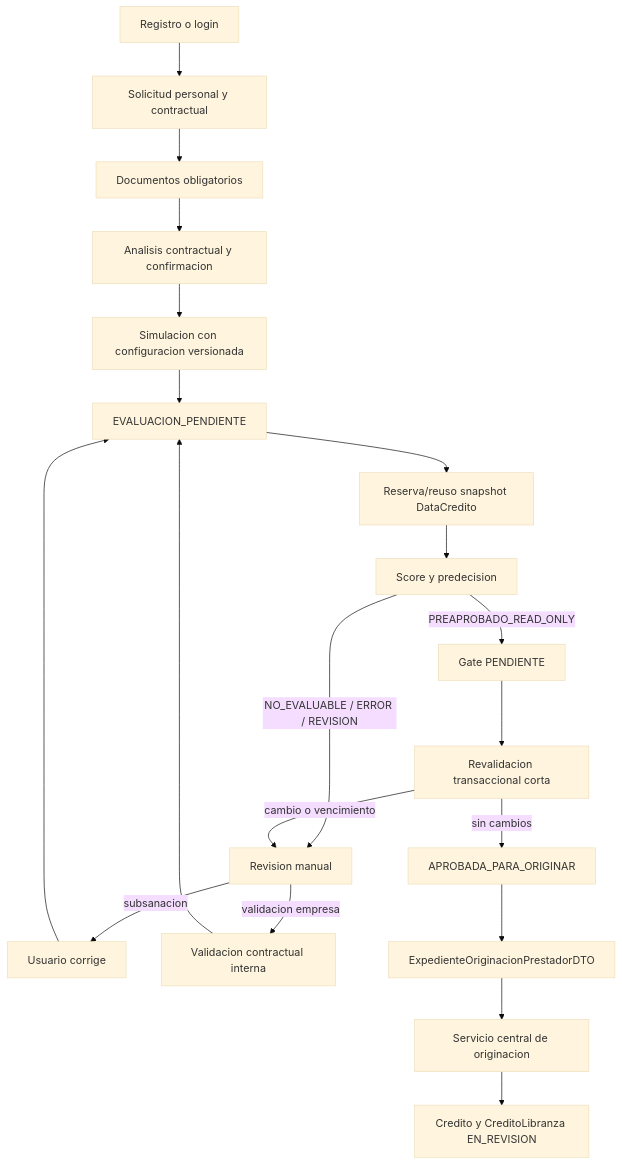
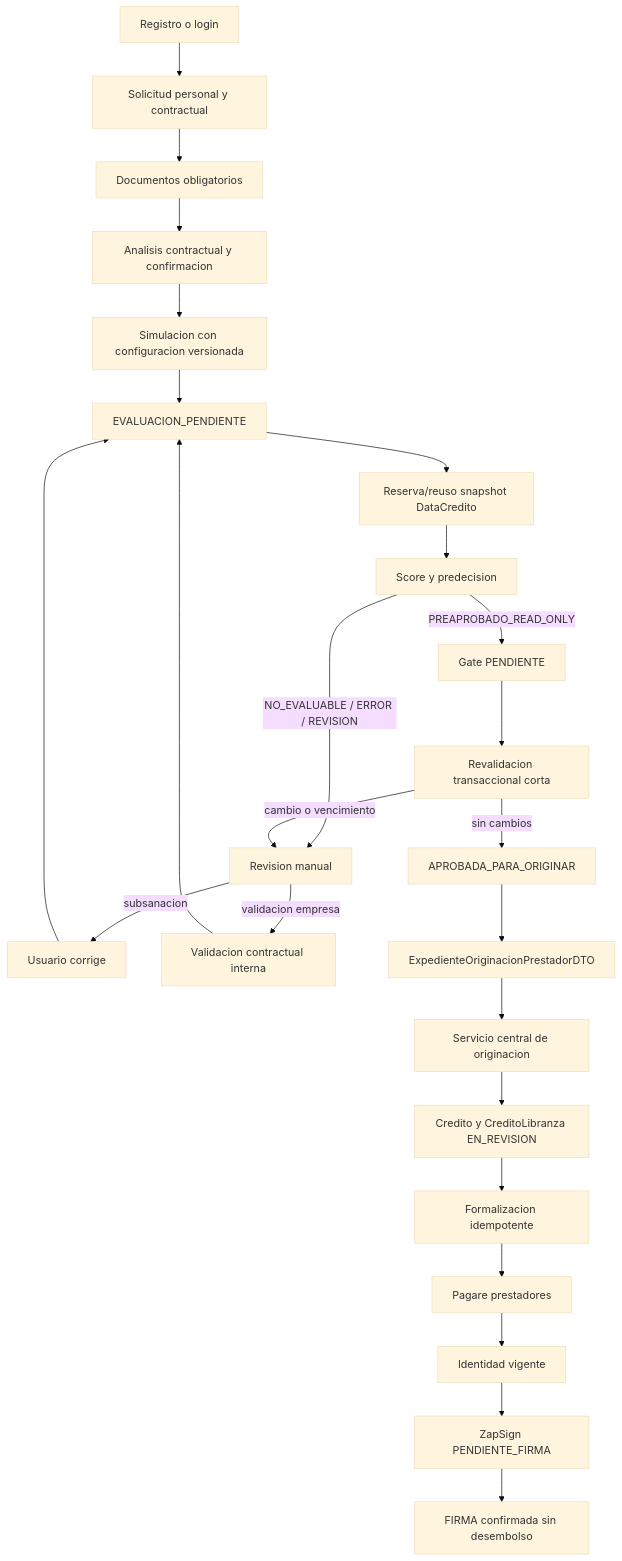
The second of 7 diagrams in docs/prestadores_flujo_end_to_end.md (AdminDataIn/aprobado), drawn with Mermaid (base theme) before and after one commit. The commit also changed other lines of this file and 15 other files, not shown here.

Commit message:
feat: agregar formalizacion y firma prestadores

````diff
--- a/docs/prestadores_flujo_end_to_end.md
+++ b/docs/prestadores_flujo_end_to_end.md
@@ -66,22 +70,27 @@
 ```mermaid
 flowchart TD
     A[Registro o login] --> B[Solicitud personal y contractual]
     B --> C[Documentos obligatorios]
     C --> D[Analisis contractual y confirmacion]
     D --> E[Simulacion con configuracion versionada]
     E --> F[EVALUACION_PENDIENTE]
     F --> G[Reserva/reuso snapshot DataCredito]
     G --> H[Score y predecision]
     H -->|NO_EVALUABLE / ERROR / REVISION| I[Revision manual]
     I -->|subsanacion| J[Usuario corrige]
     J --> F
     I -->|validacion empresa| K[Validacion contractual interna]
     K --> F
     H -->|PREAPROBADO_READ_ONLY| L[Gate PENDIENTE]
     L --> M[Revalidacion transaccional corta]
     M -->|cambio o vencimiento| I
     M -->|sin cambios| N[APROBADA_PARA_ORIGINAR]
     N --> O[ExpedienteOriginacionPrestadorDTO]
     O --> P[Servicio central de originacion]
     P --> Q[Credito y CreditoLibranza EN_REVISION]
+    Q --> R[Formalizacion idempotente]
+    R --> S[Pagare prestadores]
+    S --> T[Identidad vigente]
+    T --> U[ZapSign PENDIENTE_FIRMA]
+    U --> V[FIRMA confirmada sin desembolso]
 ```
````
